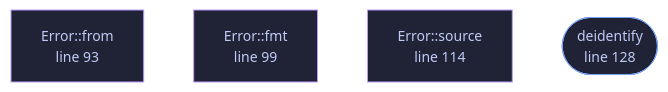
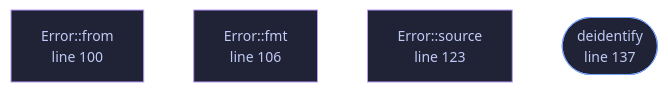
One commit to tilas01/veilvoice changed the diagram in docs/files/veilvoice-audio/lib.md. Above: the diagram before and after it, drawn with Mermaid. The commit also changed other lines of this file and 69 other files, not shown here.

````diff
--- a/docs/files/veilvoice-audio/lib.md
+++ b/docs/files/veilvoice-audio/lib.md
@@ -94,18 +94,18 @@
 ```mermaid
 %%{init: {"theme":"base","themeVariables":{"background":"#1a1b26","primaryColor":"#1f2335","primaryTextColor":"#c0caf5","primaryBorderColor":"#7aa2f7","secondaryColor":"#16161e","tertiaryColor":"#16161e","lineColor":"#737aa2","textColor":"#c0caf5","mainBkg":"#1f2335","nodeBorder":"#7aa2f7","clusterBkg":"#16161e","clusterBorder":"#2f3549","fontFamily":"ui-monospace, SFMono-Regular, Consolas, monospace","fontSize":"14px"}}}%%
 flowchart TD
-    n_from["Error::from<br/>line 87"]
-    n_from["Error::from<br/>line 93"]
-    n_fmt["Error::fmt<br/>line 99"]
-    n_source["Error::source<br/>line 114"]
-    n_deidentify(["deidentify<br/>line 128"])
-    click n_from href "https://github.com/tilas01/veilvoice/blob/main/crates/veilvoice-audio/src/lib.rs#L87" "open the source"
-    click n_from href "https://github.com/tilas01/veilvoice/blob/main/crates/veilvoice-audio/src/lib.rs#L93" "open the source"
-    click n_fmt href "https://github.com/tilas01/veilvoice/blob/main/crates/veilvoice-audio/src/lib.rs#L99" "open the source"
-    click n_source href "https://github.com/tilas01/veilvoice/blob/main/crates/veilvoice-audio/src/lib.rs#L114" "open the source"
-    click n_deidentify href "https://github.com/tilas01/veilvoice/blob/main/crates/veilvoice-audio/src/lib.rs#L128" "open the source"
+    n_from["Error::from<br/>line 94"]
+    n_from["Error::from<br/>line 100"]
+    n_fmt["Error::fmt<br/>line 106"]
+    n_source["Error::source<br/>line 123"]
+    n_deidentify(["deidentify<br/>line 137"])
+    click n_from href "https://github.com/tilas01/veilvoice/blob/main/crates/veilvoice-audio/src/lib.rs#L94" "open the source"
+    click n_from href "https://github.com/tilas01/veilvoice/blob/main/crates/veilvoice-audio/src/lib.rs#L100" "open the source"
+    click n_fmt href "https://github.com/tilas01/veilvoice/blob/main/crates/veilvoice-audio/src/lib.rs#L106" "open the source"
+    click n_source href "https://github.com/tilas01/veilvoice/blob/main/crates/veilvoice-audio/src/lib.rs#L123" "open the source"
+    click n_deidentify href "https://github.com/tilas01/veilvoice/blob/main/crates/veilvoice-audio/src/lib.rs#L137" "open the source"
     classDef entry fill:#1f2335,stroke:#7aa2f7,color:#c0caf5
     class n_deidentify entry
     classDef helper fill:#1f2335,stroke:#bb9af7,color:#c0caf5
     class n_from,n_from,n_fmt,n_source helper
 ```
````
